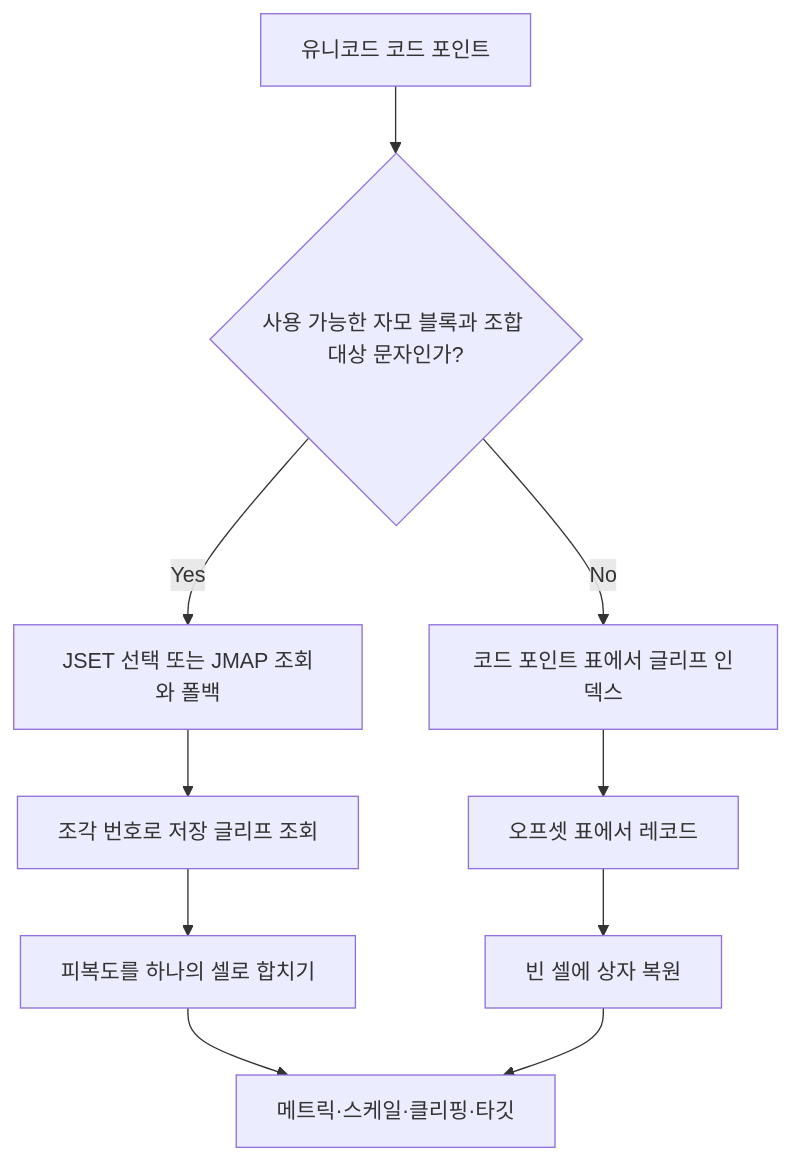
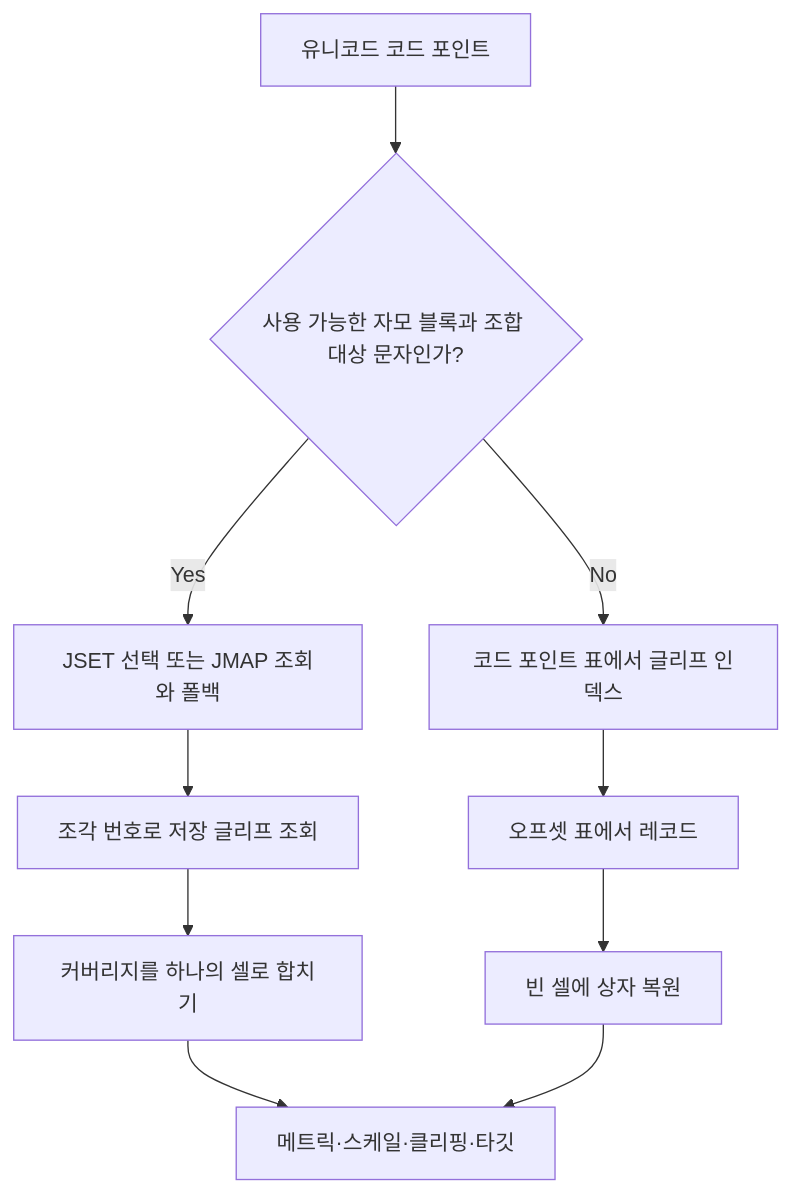
One commit to TaehyunKimLL/svf-fonts-open changed the first of 2 diagrams in spec/SVF.ko.md. Above: the diagram before and after it, drawn with Mermaid. The commit also changed other lines of this file and 12 other files, not shown here.

````diff
--- a/spec/SVF.ko.md
+++ b/spec/SVF.ko.md
@@ -58,12 +58,12 @@
 ```mermaid
 flowchart TD
     U["유니코드 코드 포인트"] --> Q{"사용 가능한 자모 블록과 조합 대상 문자인가?"}
     Q -->|Yes| J["JSET 선택 또는 JMAP 조회와 폴백"]
     J --> P["조각 번호로 저장 글리프 조회"]
-    P --> X["피복도를 하나의 셀로 합치기"]
+    P --> X["커버리지를 하나의 셀로 합치기"]
     Q -->|No| C["코드 포인트 표에서 글리프 인덱스"]
     C --> O["오프셋 표에서 레코드"]
     O --> B["빈 셀에 상자 복원"]
     X --> T["메트릭·스케일·클리핑·타깃"]
     B --> T
 ```
````
